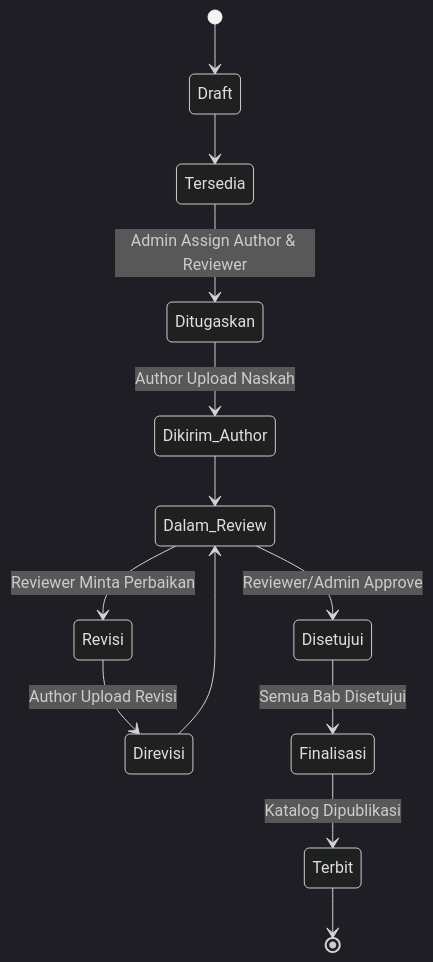
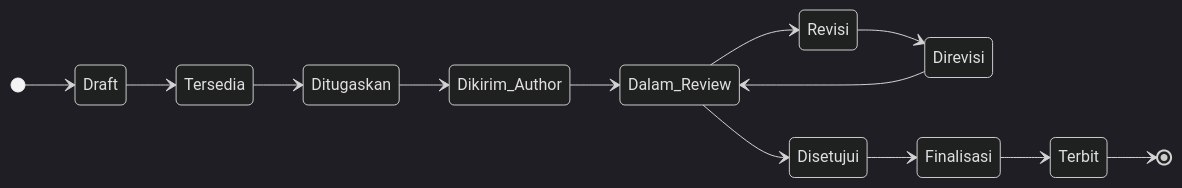
Before and after one commit to dioproject/SIM_BUKU_ILMIAH: the fourth of 4 diagrams in README.md, drawn with Mermaid (dark theme). The commit also changed other lines of this file, not shown here.

Commit message:
Optimize diagrams for Word report by segmenting modules and changing orientation

````diff
--- a/README.md
+++ b/README.md
@@ -198,15 +138,16 @@
 ```mermaid
 stateDiagram-v2
+    direction LR
     [*] --> Draft
     Draft --> Tersedia
-    Tersedia --> Ditugaskan : Admin Assign Author & Reviewer
-    Ditugaskan --> Dikirim_Author : Author Upload Naskah
+    Tersedia --> Ditugaskan
+    Ditugaskan --> Dikirim_Author
     Dikirim_Author --> Dalam_Review
-    Dalam_Review --> Revisi : Reviewer Minta Perbaikan
-    Revisi --> Direvisi : Author Upload Revisi
+    Dalam_Review --> Revisi
+    Revisi --> Direvisi
     Direvisi --> Dalam_Review
-    Dalam_Review --> Disetujui : Reviewer/Admin Approve
-    Disetujui --> Finalisasi : Semua Bab Disetujui
-    Finalisasi --> Terbit : Katalog Dipublikasi
+    Dalam_Review --> Disetujui
+    Disetujui --> Finalisasi
+    Finalisasi --> Terbit
     Terbit --> [*]
 ```
````
